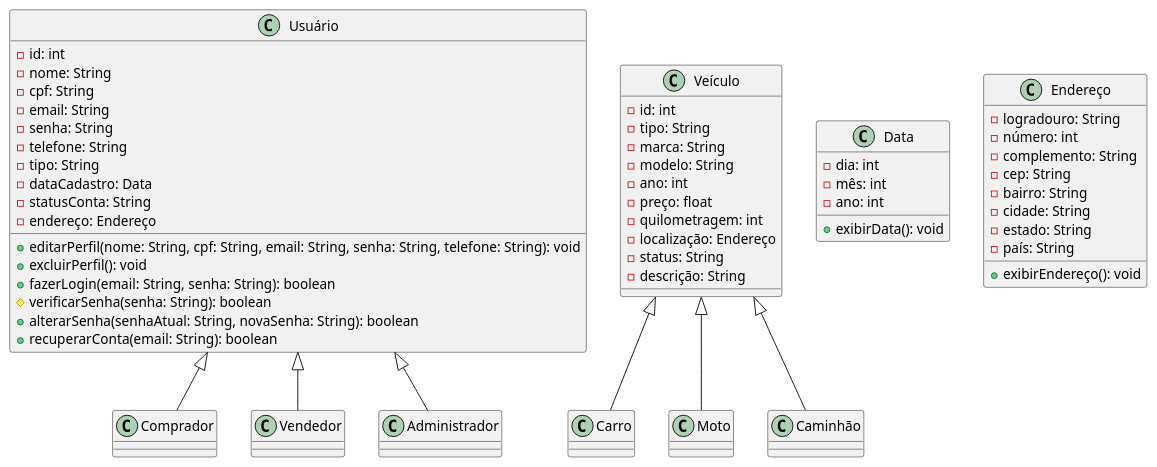
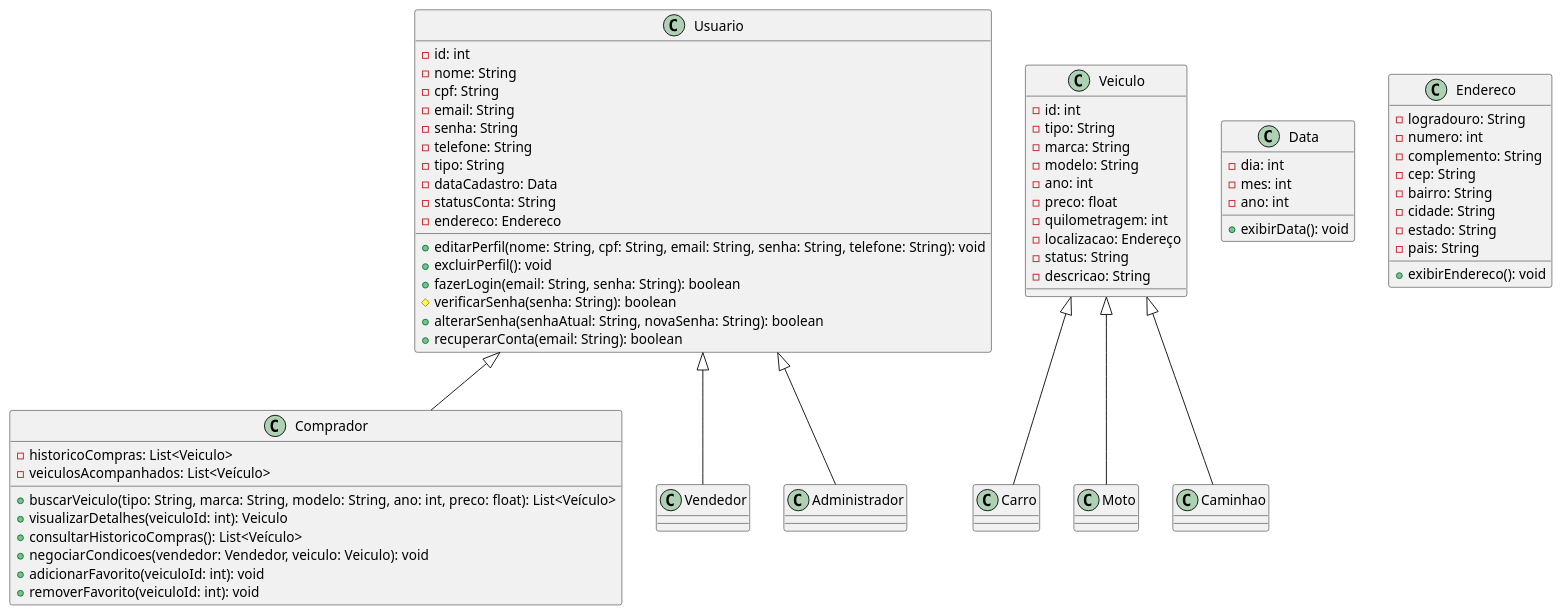
The diagram in classes.md (guilhermeoliveirateo/sistema-compra-venda-veiculos), drawn with PlantUML before and after one commit.

````diff
--- a/classes.md
+++ b/classes.md
@@ -9,7 +9,7 @@
 ``` plantuml
 @startuml 
 
-class Usuário {
+class Usuario {
 -id: int
 -nome: String
 -cpf: String
@@ -19,7 +19,7 @@
 -tipo: String
 -dataCadastro: Data
 -statusConta: String
--endereço: Endereço
+-endereco: Endereco
 
 +editarPerfil(nome: String, cpf: String, email: String, senha: String, telefone: String): void
 +excluirPerfil(): void
@@ -27,11 +27,18 @@
 #verificarSenha(senha: String): boolean
 +alterarSenha(senhaAtual: String, novaSenha: String): boolean
 +recuperarConta(email: String): boolean
-
 }
 
 class Comprador {
+-historicoCompras: List<Veiculo>
+-veiculosAcompanhados: List<Veículo>
 
++buscarVeiculo(tipo: String, marca: String, modelo: String, ano: int, preco: float): List<Veículo>
++visualizarDetalhes(veiculoId: int): Veiculo
++consultarHistoricoCompras(): List<Veículo>
++negociarCondicoes(vendedor: Vendedor, veiculo: Veiculo): void
++adicionarFavorito(veiculoId: int): void
++removerFavorito(veiculoId: int): void
 }
 
 class Vendedor {
@@ -42,21 +49,21 @@
 
 }
 
-Usuário <|-- Comprador
-Usuário <|-- Vendedor
-Usuário <|-- Administrador
+Usuario <|-- Comprador
+Usuario <|-- Vendedor
+Usuario <|-- Administrador
 
-class Veículo {
+class Veiculo {
 -id: int
 -tipo: String
 -marca: String
 -modelo: String
 -ano: int
--preço: float
+-preco: float
 -quilometragem: int
--localização: Endereço
+-localizacao: Endereço
 -status: String
--descrição: String
+-descricao: String
 
 }
 
@@ -66,32 +73,32 @@
 class Moto {
 }
 
-class Caminhão {
+class Caminhao {
 }
 
-Veículo <|-- Carro
-Veículo <|-- Moto
-Veículo <|-- Caminhão
+Veiculo <|-- Carro
+Veiculo <|-- Moto
+Veiculo <|-- Caminhao
 
 class Data {
 -dia: int
--mês: int
+-mes: int
 -ano: int
 
 +exibirData(): void
 }
 
-class Endereço {
+class Endereco {
 -logradouro: String
--número: int
+-numero: int
 -complemento: String
 -cep: String
 -bairro: String
 -cidade: String
 -estado: String
--país: String
+-pais: String
 
-+exibirEndereço(): void
++exibirEndereco(): void
 }
  
 @enduml
````
